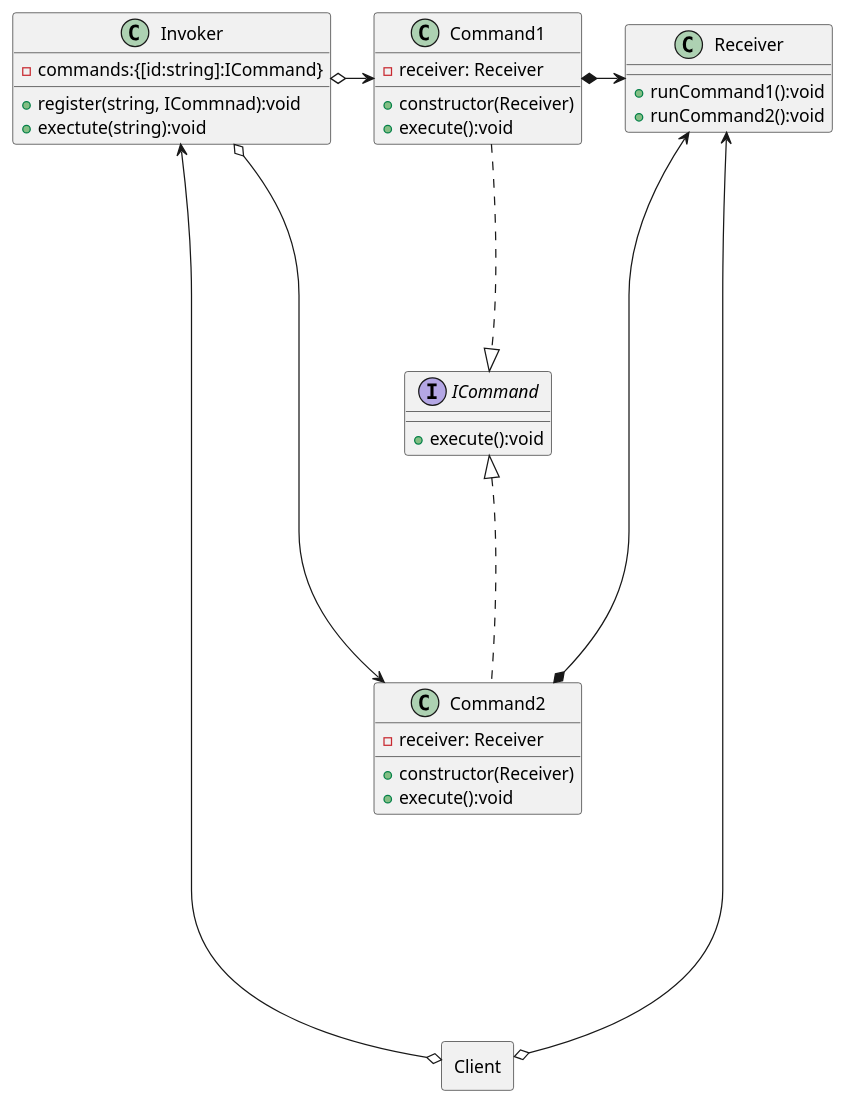
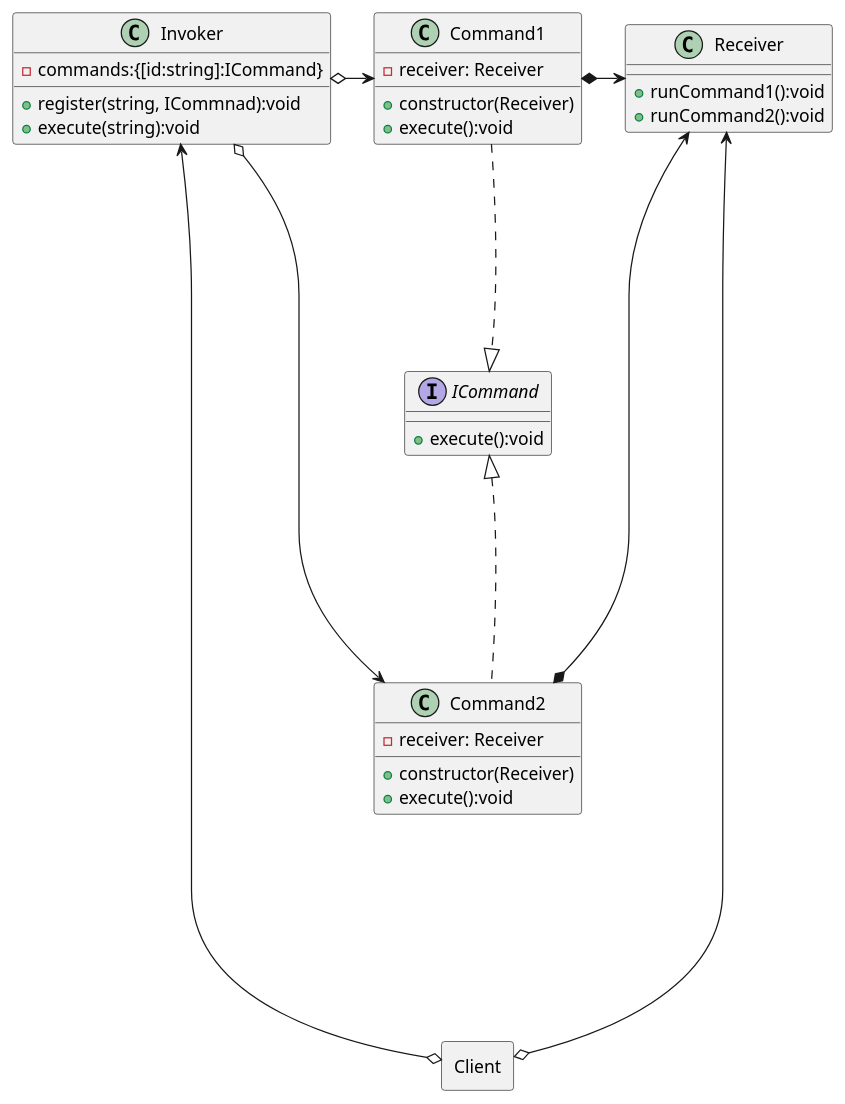
The diagram in apps/learn/code/Patterns/Behavioral/Command/Command.plantuml (Zion-PTC/_oldZion), drawn with PlantUML before and after one commit. The commit also changed 654 other files, not shown here.

```diff
--- a/apps/learn/code/Patterns/Behavioral/Command/Command.plantuml
+++ b/apps/learn/code/Patterns/Behavioral/Command/Command.plantuml
@@ -1,46 +1,46 @@
 @startuml Command
 
 rectangle Client {
 }
 class Command1 {
   - receiver: Receiver
   + constructor(Receiver)
   + execute():void
 }
 class Command2 {
   - receiver: Receiver
   + constructor(Receiver)
   + execute():void
 }
 
 together {
   class Invoker {
     - commands:{[id:string]:ICommand}
     + register(string, ICommnad):void
-    + exectute(string):void
+    + execute(string):void
   }
   interface ICommand {
     + execute():void
   }
   class Receiver {
     + runCommand1():void
     + runCommand2():void
   }
 }
 
 
 Command1 -[hidden]--- ICommand
 Command1 ..d|> ICommand
 Invoker <-o Client
 Invoker o-r> Command1
 Invoker o-r> Command2
 ICommand -[hidden]--- Command2
 Command2 ..u|> ICommand
 Command1 *-d> Receiver
 Command2 *-u> Receiver
 Command2 -[hidden]--- Client
 Receiver <--o Client
 
 
 
 @enduml
```
